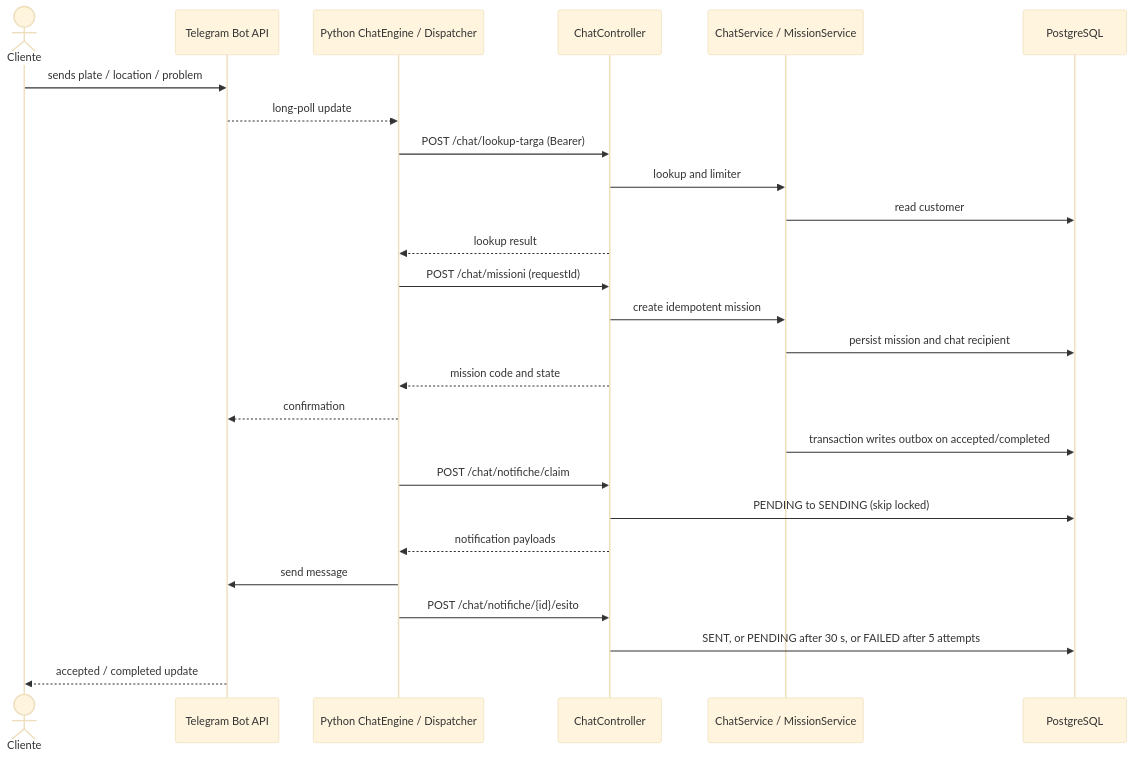
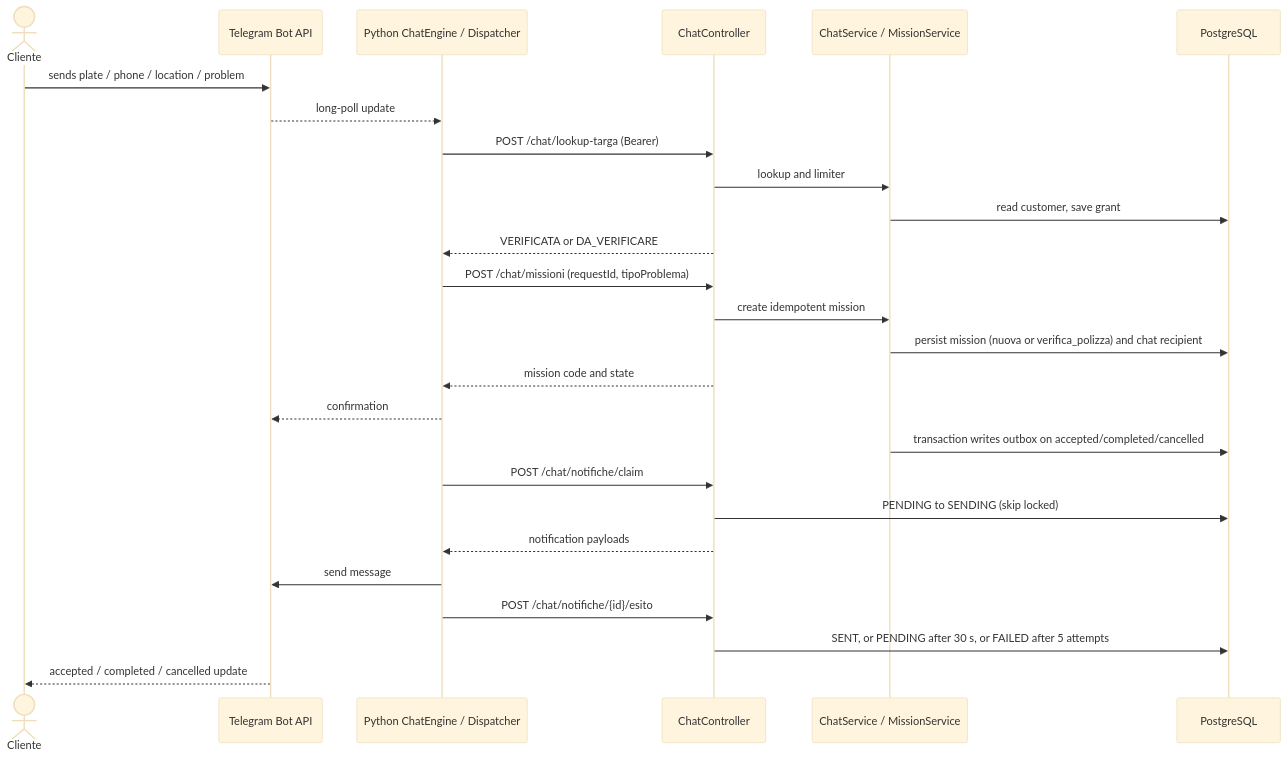
The diagram in docs/diagrams/chat_notifications_sequence.mmd (coluccimarco/fornitori-soccorso), drawn with Mermaid (base theme) before and after one commit. The commit also changed 54 other files, not shown here.

```diff
--- a/docs/diagrams/chat_notifications_sequence.mmd
+++ b/docs/diagrams/chat_notifications_sequence.mmd
@@ -1,27 +1,27 @@
 %% Telegram long polling e notifiche con riserva persistente.
 sequenceDiagram
     actor Cliente
     participant Telegram as Telegram Bot API
     participant Bot as Python ChatEngine / Dispatcher
     participant API as ChatController
     participant Service as ChatService / MissionService
     participant DB as PostgreSQL
-    Cliente->>Telegram: sends plate / location / problem
+    Cliente->>Telegram: sends plate / phone / location / problem
     Telegram-->>Bot: long-poll update
     Bot->>API: POST /chat/lookup-targa (Bearer)
     API->>Service: lookup and limiter
-    Service->>DB: read customer
-    API-->>Bot: lookup result
-    Bot->>API: POST /chat/missioni (requestId)
+    Service->>DB: read customer, save grant
+    API-->>Bot: VERIFICATA or DA_VERIFICARE
+    Bot->>API: POST /chat/missioni (requestId, tipoProblema)
     API->>Service: create idempotent mission
-    Service->>DB: persist mission and chat recipient
+    Service->>DB: persist mission (nuova or verifica_polizza) and chat recipient
     API-->>Bot: mission code and state
     Bot-->>Telegram: confirmation
-    Service->>DB: transaction writes outbox on accepted/completed
+    Service->>DB: transaction writes outbox on accepted/completed/cancelled
     Bot->>API: POST /chat/notifiche/claim
     API->>DB: PENDING to SENDING (skip locked)
     API-->>Bot: notification payloads
     Bot->>Telegram: send message
     Bot->>API: POST /chat/notifiche/{id}/esito
     API->>DB: SENT, or PENDING after 30 s, or FAILED after 5 attempts
-    Telegram-->>Cliente: accepted / completed update
+    Telegram-->>Cliente: accepted / completed / cancelled update
```
